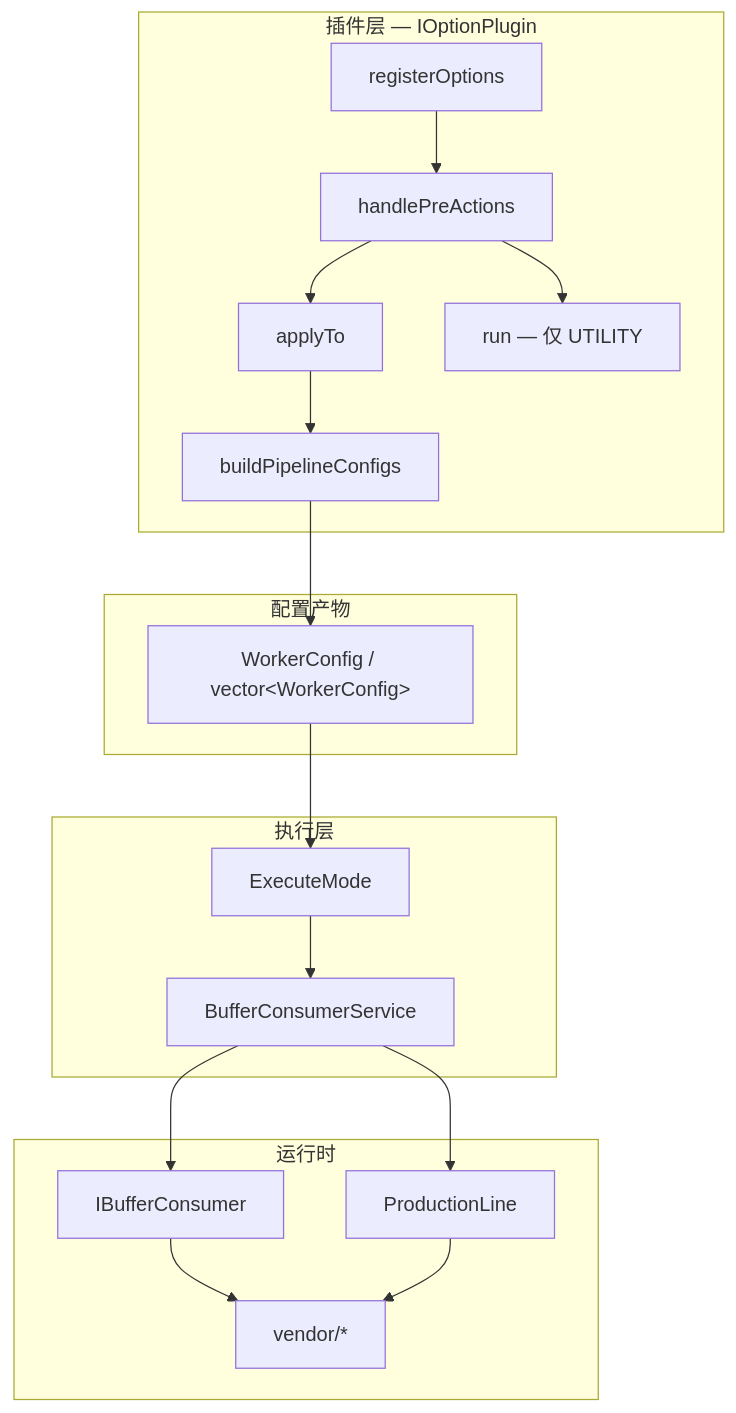
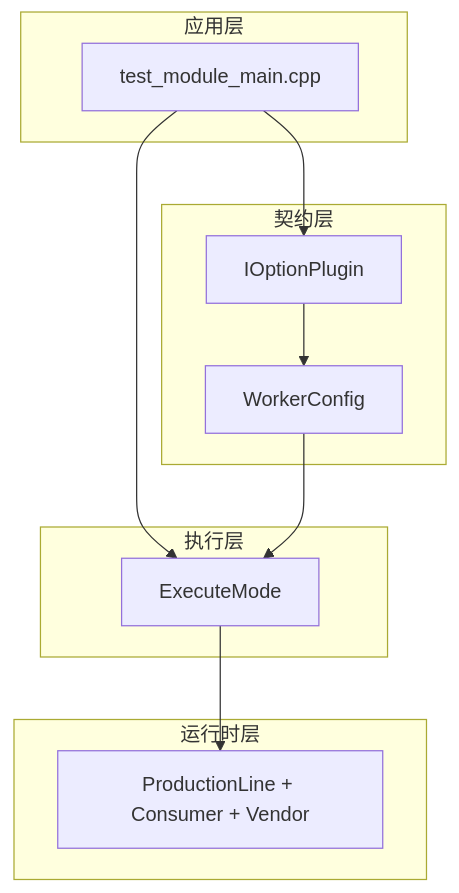
Before and after one commit to luoxiafeng-1990/components: the second of 2 diagrams in doc/wiki/Home.md, drawn with Mermaid. The commit also changed other lines of this file and 6 other files, not shown here.

First line of the commit message:
docs(wiki): 分层重组并新增 test_module_main 应用案例

````diff
--- a/doc/wiki/Home.md
+++ b/doc/wiki/Home.md
@@ -20,31 +59,21 @@
 ```mermaid
 flowchart TB
-  subgraph PluginLayer["插件层 — IOptionPlugin"]
-    REG["registerOptions"]
-    PRE["handlePreActions"]
-    APP["applyTo"]
-    BLD["buildPipelineConfigs"]
-    RUN["run — 仅 UTILITY"]
+  subgraph App["应用层"]
+    MAIN["test_module_main.cpp"]
   end
-
-  subgraph Config["配置产物"]
-    WC["WorkerConfig / vector&lt;WorkerConfig&gt;"]
+  subgraph Contract["契约层"]
+    IOP["IOptionPlugin"]
+    WC["WorkerConfig"]
   end
-
   subgraph Exec["执行层"]
     EM["ExecuteMode"]
-    BCS["BufferConsumerService"]
   end
-
-  subgraph RT["运行时"]
-    PL["ProductionLine"]
-    CONS["IBufferConsumer"]
-    VEN["vendor/*"]
+  subgraph RT["运行时层"]
+    PL["ProductionLine + Consumer + Vendor"]
   end
-
-  REG --> PRE --> APP --> BLD --> WC
-  PRE --> RUN
-  WC --> EM --> BCS --> PL
-  BCS --> CONS --> VEN
-  PL --> VEN
+  MAIN --> IOP
+  IOP --> WC
+  MAIN --> EM
+  WC --> EM
+  EM --> PL
 ```
````
